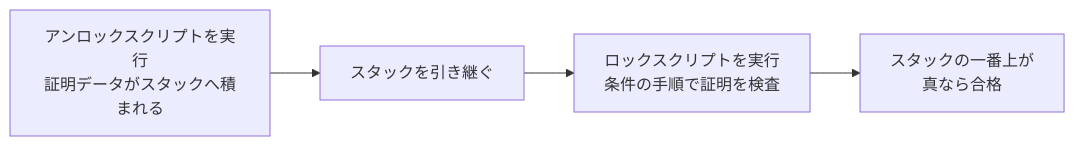
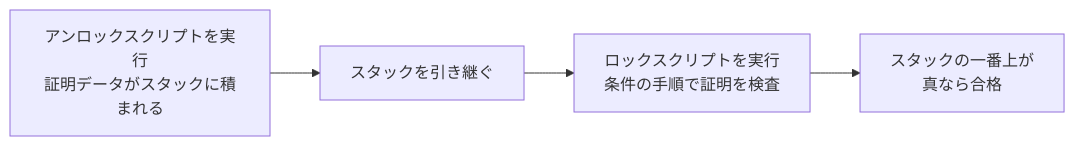
One commit to nao1215/debimate changed the second of 3 diagrams in content/notes/blockchain-systems/bitcoin-script/index.md. Above: the diagram before and after it, drawn with Mermaid. The commit also changed other lines of this file and 46 other files, not shown here.

````diff
--- a/content/notes/blockchain-systems/bitcoin-script/index.md
+++ b/content/notes/blockchain-systems/bitcoin-script/index.md
@@ -60,6 +60,6 @@
 ```mermaid
 flowchart LR
-    A["アンロックスクリプトを実行<br/>証明データがスタックへ積まれる"] --> B["スタックを引き継ぐ"]
+    A["アンロックスクリプトを実行<br/>証明データがスタックに積まれる"] --> B["スタックを引き継ぐ"]
     B --> C["ロックスクリプトを実行<br/>条件の手順で証明を検査"]
     C --> D["スタックの一番上が<br/>真なら合格"]
 ```
````
